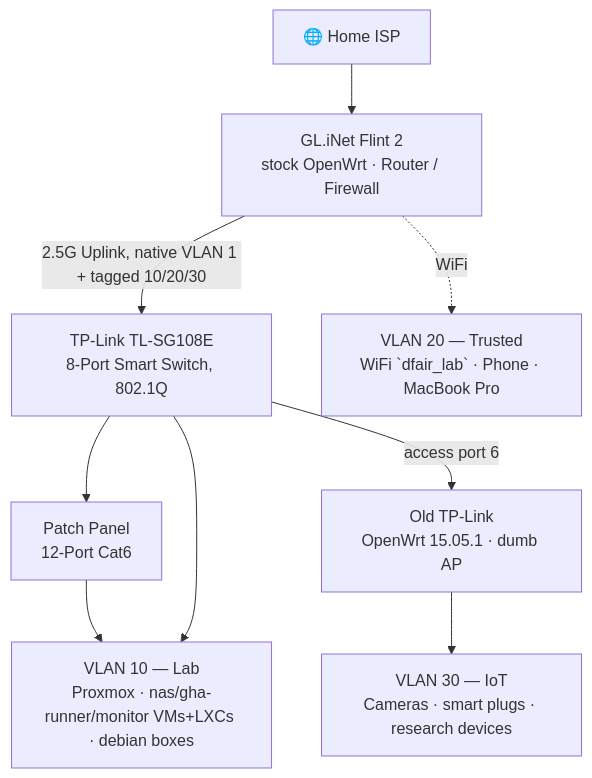
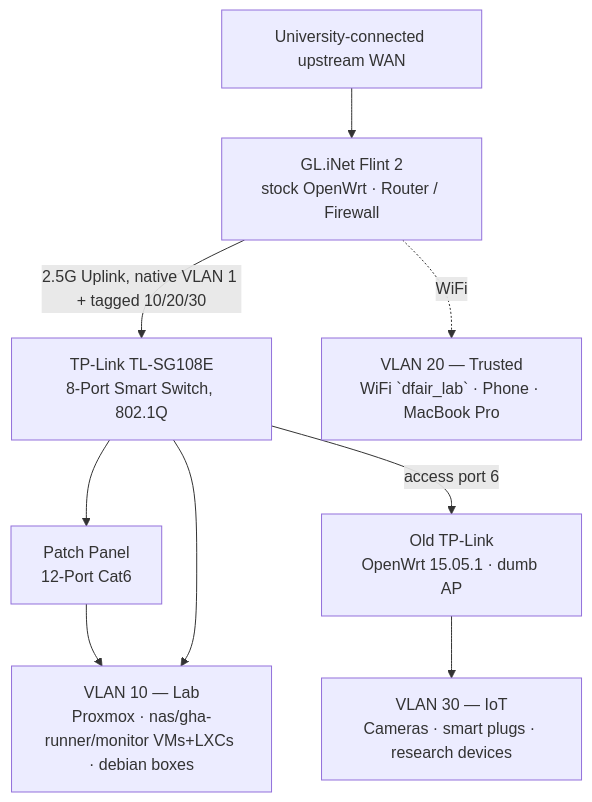
The diagram in README.md (sethbarrett50/home_lab_docs), drawn with Mermaid before and after one commit. The commit also changed other lines of this file and 13 other files, not shown here.

````diff
--- a/README.md
+++ b/README.md
@@ -16,21 +16,21 @@
 ```mermaid
 graph TD
-    WAN[🌐 Home ISP]
+    WAN[University-connected upstream WAN]
     Router[GL.iNet Flint 2<br/>stock OpenWrt · Router / Firewall]
     Switch[TP-Link TL-SG108E<br/>8-Port Smart Switch, 802.1Q]
     PATCH[Patch Panel<br/>12-Port Cat6]
     IoT_AP[Old TP-Link<br/>OpenWrt 15.05.1 · dumb AP]
 
     VLAN10[VLAN 10 — Lab<br/>Proxmox · nas/gha-runner/monitor VMs+LXCs · debian boxes]
     VLAN20[VLAN 20 — Trusted<br/>WiFi `dfair_lab` · Phone · MacBook Pro]
     VLAN30[VLAN 30 — IoT<br/>Cameras · smart plugs · research devices]
 
     WAN --> Router
     Router -->|2.5G Uplink, native VLAN 1 + tagged 10/20/30| Switch
     Switch --> PATCH
     Switch -->|access port 6| IoT_AP
     PATCH --> VLAN10
     Switch --> VLAN10
     Router -.->|WiFi| VLAN20
     IoT_AP --> VLAN30
 ```
````
